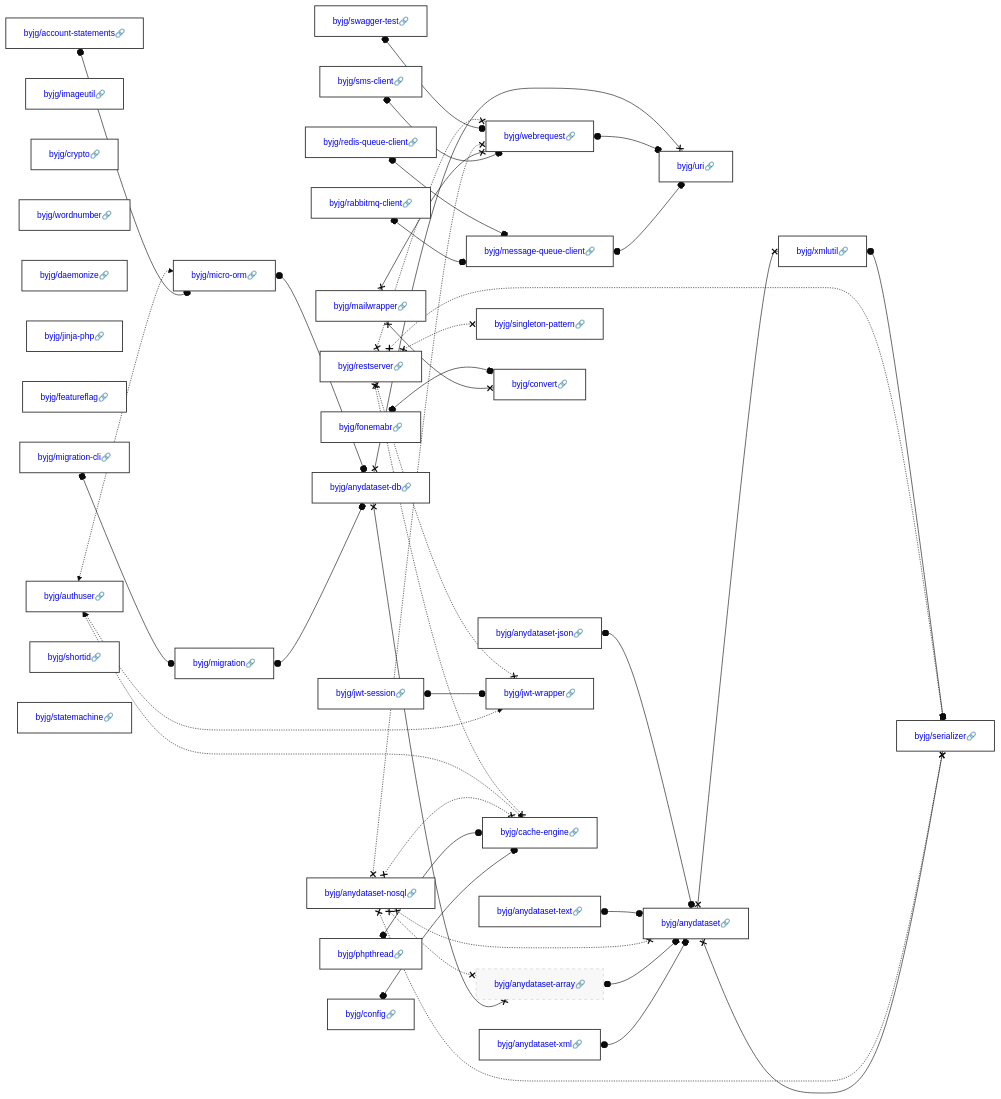
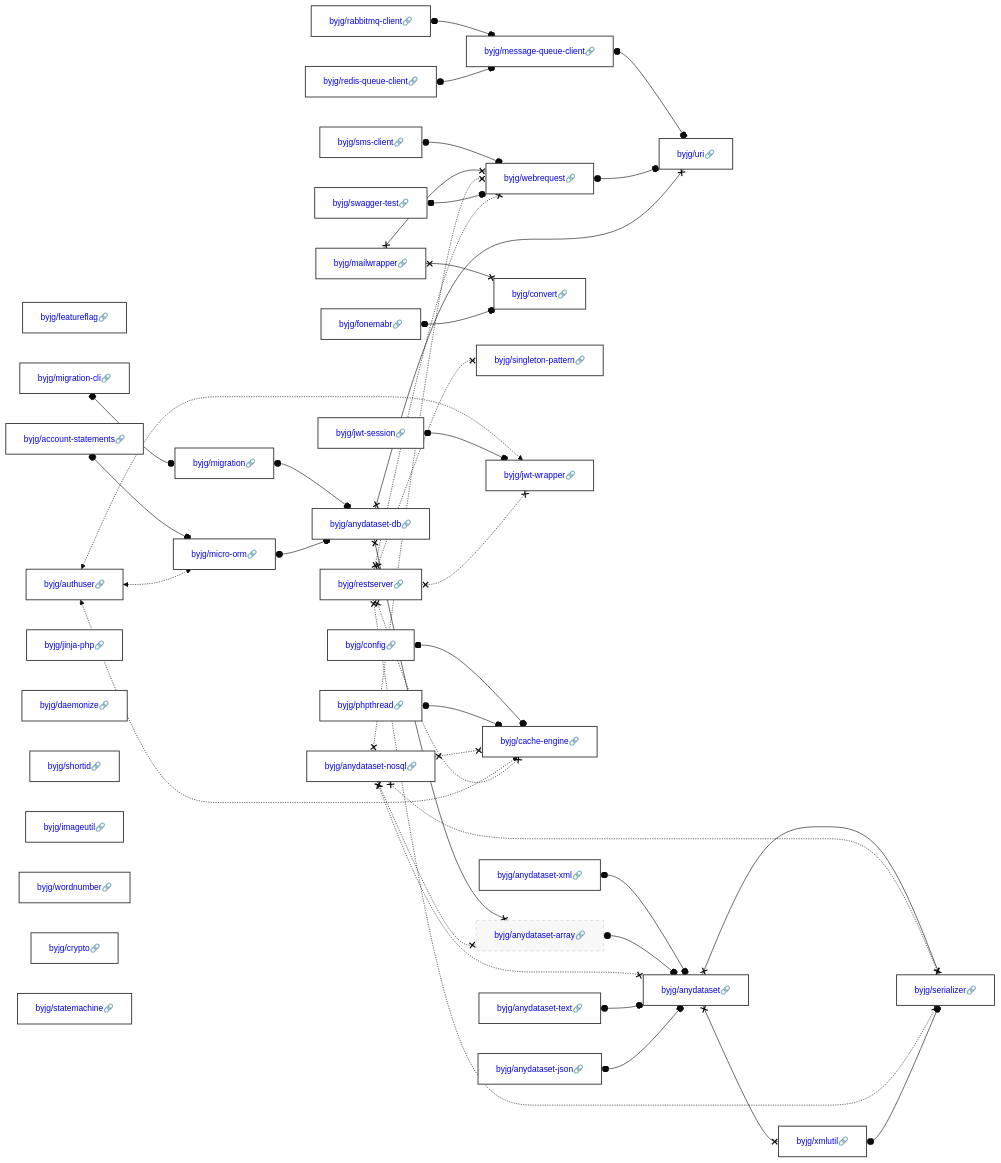
One commit to byjg/byjg.github.io changed the diagram in docs/php/README.md. Above: the diagram before and after it, drawn with Mermaid (base theme). The commit also changed other lines of this file, not shown here.

Commit message:
Update documentation 'php' 'php-xmlutil'

````diff
--- a/docs/php/README.md
+++ b/docs/php/README.md
@@ -3,38 +3,38 @@
 ```mermaid
 graph LR;
+  byjg/featureflag[<a href='https://opensource.byjg.com/docs/php/featureflag' style='text-decoration:none'>byjg/featureflag🔗</a>];
+  byjg/mailwrapper[<a href='https://opensource.byjg.com/docs/php/mailwrapper' style='text-decoration:none'>byjg/mailwrapper🔗</a>];
+  byjg/authuser[<a href='https://opensource.byjg.com/docs/php/authuser' style='text-decoration:none'>byjg/authuser🔗</a>];
+  byjg/migration-cli[<a href='https://opensource.byjg.com/docs/php/migration-cli' style='text-decoration:none'>byjg/migration-cli🔗</a>];
+  byjg/redis-queue-client[<a href='https://opensource.byjg.com/docs/php/redis-queue-client' style='text-decoration:none'>byjg/redis-queue-client🔗</a>];
+  byjg/account-statements[<a href='https://opensource.byjg.com/docs/php/account-statements' style='text-decoration:none'>byjg/account-statements🔗</a>];
+  byjg/jinja-php[<a href='https://opensource.byjg.com/docs/php/jinja-php' style='text-decoration:none'>byjg/jinja-php🔗</a>];
+  byjg/anydataset-nosql[<a href='https://opensource.byjg.com/docs/php/anydataset-nosql' style='text-decoration:none'>byjg/anydataset-nosql🔗</a>];
+  byjg/jwt-session[<a href='https://opensource.byjg.com/docs/php/jwt-session' style='text-decoration:none'>byjg/jwt-session🔗</a>];
+  byjg/daemonize[<a href='https://opensource.byjg.com/docs/php/daemonize' style='text-decoration:none'>byjg/daemonize🔗</a>];
   byjg/phpthread[<a href='https://opensource.byjg.com/docs/php/phpthread' style='text-decoration:none'>byjg/phpthread🔗</a>];
-  byjg/authuser[<a href='https://opensource.byjg.com/docs/php/authuser' style='text-decoration:none'>byjg/authuser🔗</a>];
+  byjg/shortid[<a href='https://opensource.byjg.com/docs/php/shortid' style='text-decoration:none'>byjg/shortid🔗</a>];
   byjg/imageutil[<a href='https://opensource.byjg.com/docs/php/imageutil' style='text-decoration:none'>byjg/imageutil🔗</a>];
+  byjg/wordnumber[<a href='https://opensource.byjg.com/docs/php/wordnumber' style='text-decoration:none'>byjg/wordnumber🔗</a>];
+  byjg/anydataset-text[<a href='https://opensource.byjg.com/docs/php/anydataset-text' style='text-decoration:none'>byjg/anydataset-text🔗</a>];
+  byjg/anydataset-xml[<a href='https://opensource.byjg.com/docs/php/anydataset-xml' style='text-decoration:none'>byjg/anydataset-xml🔗</a>];
   byjg/fonemabr[<a href='https://opensource.byjg.com/docs/php/fonemabr' style='text-decoration:none'>byjg/fonemabr🔗</a>];
+  byjg/restserver[<a href='https://opensource.byjg.com/docs/php/restserver' style='text-decoration:none'>byjg/restserver🔗</a>];
+  byjg/swagger-test[<a href='https://opensource.byjg.com/docs/php/swagger-test' style='text-decoration:none'>byjg/swagger-test🔗</a>];
+  byjg/crypto[<a href='https://opensource.byjg.com/docs/php/crypto' style='text-decoration:none'>byjg/crypto🔗</a>];
+  byjg/anydataset-json[<a href='https://opensource.byjg.com/docs/php/anydataset-json' style='text-decoration:none'>byjg/anydataset-json🔗</a>];
+  byjg/config[<a href='https://opensource.byjg.com/docs/php/config' style='text-decoration:none'>byjg/config🔗</a>];
+  byjg/sms-client[<a href='https://opensource.byjg.com/docs/php/sms-client' style='text-decoration:none'>byjg/sms-client🔗</a>];
   byjg/rabbitmq-client[<a href='https://opensource.byjg.com/docs/php/rabbitmq-client' style='text-decoration:none'>byjg/rabbitmq-client🔗</a>];
-  byjg/redis-queue-client[<a href='https://opensource.byjg.com/docs/php/redis-queue-client' style='text-decoration:none'>byjg/redis-queue-client🔗</a>];
-  byjg/crypto[<a href='https://opensource.byjg.com/docs/php/crypto' style='text-decoration:none'>byjg/crypto🔗</a>];
-  byjg/anydataset-text[<a href='https://opensource.byjg.com/docs/php/anydataset-text' style='text-decoration:none'>byjg/anydataset-text🔗</a>];
-  byjg/wordnumber[<a href='https://opensource.byjg.com/docs/php/wordnumber' style='text-decoration:none'>byjg/wordnumber🔗</a>];
-  byjg/sms-client[<a href='https://opensource.byjg.com/docs/php/sms-client' style='text-decoration:none'>byjg/sms-client🔗</a>];
-  byjg/daemonize[<a href='https://opensource.byjg.com/docs/php/daemonize' style='text-decoration:none'>byjg/daemonize🔗</a>];
-  byjg/jinja-php[<a href='https://opensource.byjg.com/docs/php/jinja-php' style='text-decoration:none'>byjg/jinja-php🔗</a>];
-  byjg/featureflag[<a href='https://opensource.byjg.com/docs/php/featureflag' style='text-decoration:none'>byjg/featureflag🔗</a>];
-  byjg/account-statements[<a href='https://opensource.byjg.com/docs/php/account-statements' style='text-decoration:none'>byjg/account-statements🔗</a>];
-  byjg/migration-cli[<a href='https://opensource.byjg.com/docs/php/migration-cli' style='text-decoration:none'>byjg/migration-cli🔗</a>];
-  byjg/anydataset-json[<a href='https://opensource.byjg.com/docs/php/anydataset-json' style='text-decoration:none'>byjg/anydataset-json🔗</a>];
-  byjg/shortid[<a href='https://opensource.byjg.com/docs/php/shortid' style='text-decoration:none'>byjg/shortid🔗</a>];
-  byjg/anydataset-nosql[<a href='https://opensource.byjg.com/docs/php/anydataset-nosql' style='text-decoration:none'>byjg/anydataset-nosql🔗</a>];
-  byjg/restserver[<a href='https://opensource.byjg.com/docs/php/restserver' style='text-decoration:none'>byjg/restserver🔗</a>];
-  byjg/mailwrapper[<a href='https://opensource.byjg.com/docs/php/mailwrapper' style='text-decoration:none'>byjg/mailwrapper🔗</a>];
   byjg/statemachine[<a href='https://opensource.byjg.com/docs/php/statemachine' style='text-decoration:none'>byjg/statemachine🔗</a>];
-  byjg/swagger-test[<a href='https://opensource.byjg.com/docs/php/swagger-test' style='text-decoration:none'>byjg/swagger-test🔗</a>];
-  byjg/jwt-session[<a href='https://opensource.byjg.com/docs/php/jwt-session' style='text-decoration:none'>byjg/jwt-session🔗</a>];
-  byjg/config[<a href='https://opensource.byjg.com/docs/php/config' style='text-decoration:none'>byjg/config🔗</a>];
-  byjg/anydataset-xml[<a href='https://opensource.byjg.com/docs/php/anydataset-xml' style='text-decoration:none'>byjg/anydataset-xml🔗</a>];
-  byjg/message-queue-client[<a href='https://opensource.byjg.com/docs/php/message-queue-client' style='text-decoration:none'>byjg/message-queue-client🔗</a>];
+  byjg/migration[<a href='https://opensource.byjg.com/docs/php/migration' style='text-decoration:none'>byjg/migration🔗</a>];
   byjg/micro-orm[<a href='https://opensource.byjg.com/docs/php/micro-orm' style='text-decoration:none'>byjg/micro-orm🔗</a>];
-  byjg/migration[<a href='https://opensource.byjg.com/docs/php/migration' style='text-decoration:none'>byjg/migration🔗</a>];
+  byjg/convert[<a href='https://opensource.byjg.com/docs/php/convert' style='text-decoration:none'>byjg/convert🔗</a>];
   byjg/singleton-pattern[<a href='https://opensource.byjg.com/docs/php/singleton-pattern' style='text-decoration:none'>byjg/singleton-pattern🔗</a>];
-  byjg/convert[<a href='https://opensource.byjg.com/docs/php/convert' style='text-decoration:none'>byjg/convert🔗</a>];
-  byjg/webrequest[<a href='https://opensource.byjg.com/docs/php/webrequest' style='text-decoration:none'>byjg/webrequest🔗</a>];
   byjg/jwt-wrapper[<a href='https://opensource.byjg.com/docs/php/jwt-wrapper' style='text-decoration:none'>byjg/jwt-wrapper🔗</a>];
   byjg/cache-engine[<a href='https://opensource.byjg.com/docs/php/cache-engine' style='text-decoration:none'>byjg/cache-engine🔗</a>];
+  byjg/webrequest[<a href='https://opensource.byjg.com/docs/php/webrequest' style='text-decoration:none'>byjg/webrequest🔗</a>];
+  byjg/message-queue-client[<a href='https://opensource.byjg.com/docs/php/message-queue-client' style='text-decoration:none'>byjg/message-queue-client🔗</a>];
   byjg/anydataset-db[<a href='https://opensource.byjg.com/docs/php/anydataset-db' style='text-decoration:none'>byjg/anydataset-db🔗</a>];
   byjg/anydataset-array[<a href='https://opensource.byjg.com/docs/php/anydataset-array' style='text-decoration:none'>byjg/anydataset-array🔗</a>];
   byjg/uri[<a href='https://opensource.byjg.com/docs/php/uri' style='text-decoration:none'>byjg/uri🔗</a>];
````
